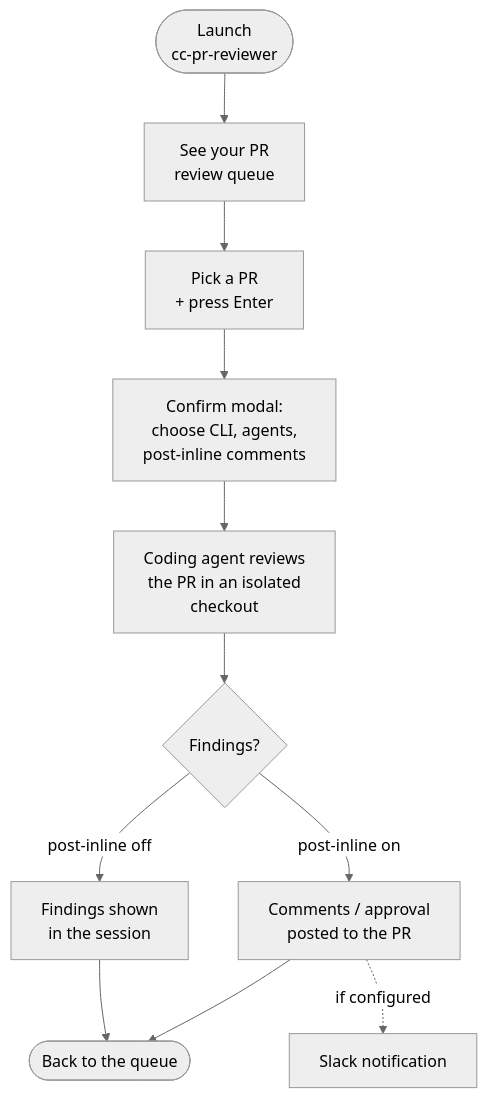
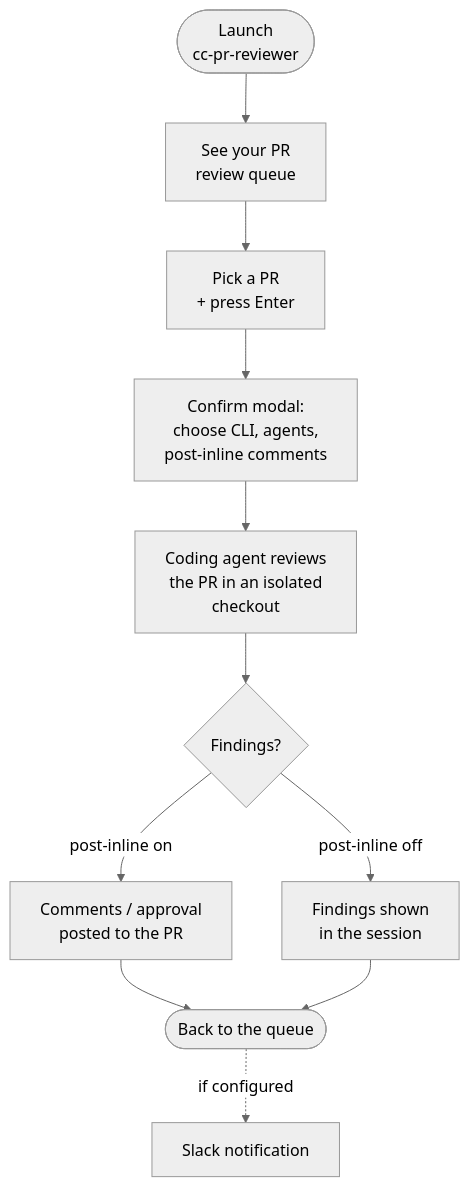
The diagram in README.md (jasmedia/cc-pr-reviewer), drawn with Mermaid (neutral theme) before and after one commit. The commit also changed 1 other file, not shown here.

Commit message:
docs: fix review flow diagram inaccuracies from review
- README: attach the Slack notification branch to the review-complete
  step instead of the post-inline-on path (Slack fires on any clean
  rc==0 exit, independent of post-inline).
- docs/review-flow.md: split the modal source-map row — InProgressWarnScreen
  is at 3400, not grouped with ConfirmScreen at 3237; correct ConfirmResult
  to 3176.

````diff
--- a/README.md
+++ b/README.md
@@ -41,13 +41,13 @@
 ```mermaid
 flowchart TD
     A([Launch<br/>cc-pr-reviewer]) --> B["See your PR<br/>review queue"]
     B --> C["Pick a PR<br/>+ press Enter"]
     C --> D["Confirm modal:<br/>choose CLI, agents,<br/>post-inline comments"]
     D --> E["Coding agent reviews<br/>the PR in an isolated<br/>checkout"]
     E --> F{Findings?}
     F -- "post-inline on" --> G["Comments / approval<br/>posted to the PR"]
     F -- "post-inline off" --> H["Findings shown<br/>in the session"]
     G --> I([Back to the queue])
     H --> I
-    G -. "if configured" .-> S["Slack notification"]
+    I -. "if configured" .-> S["Slack notification"]
 ```
````
